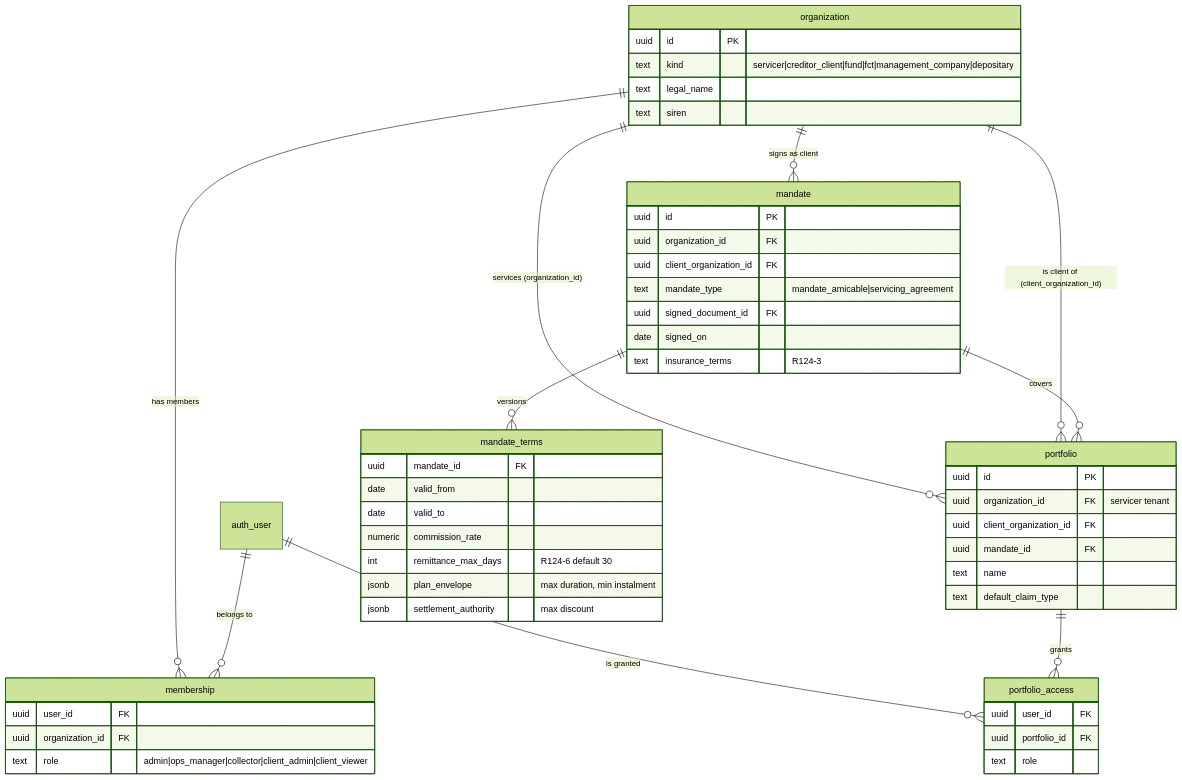
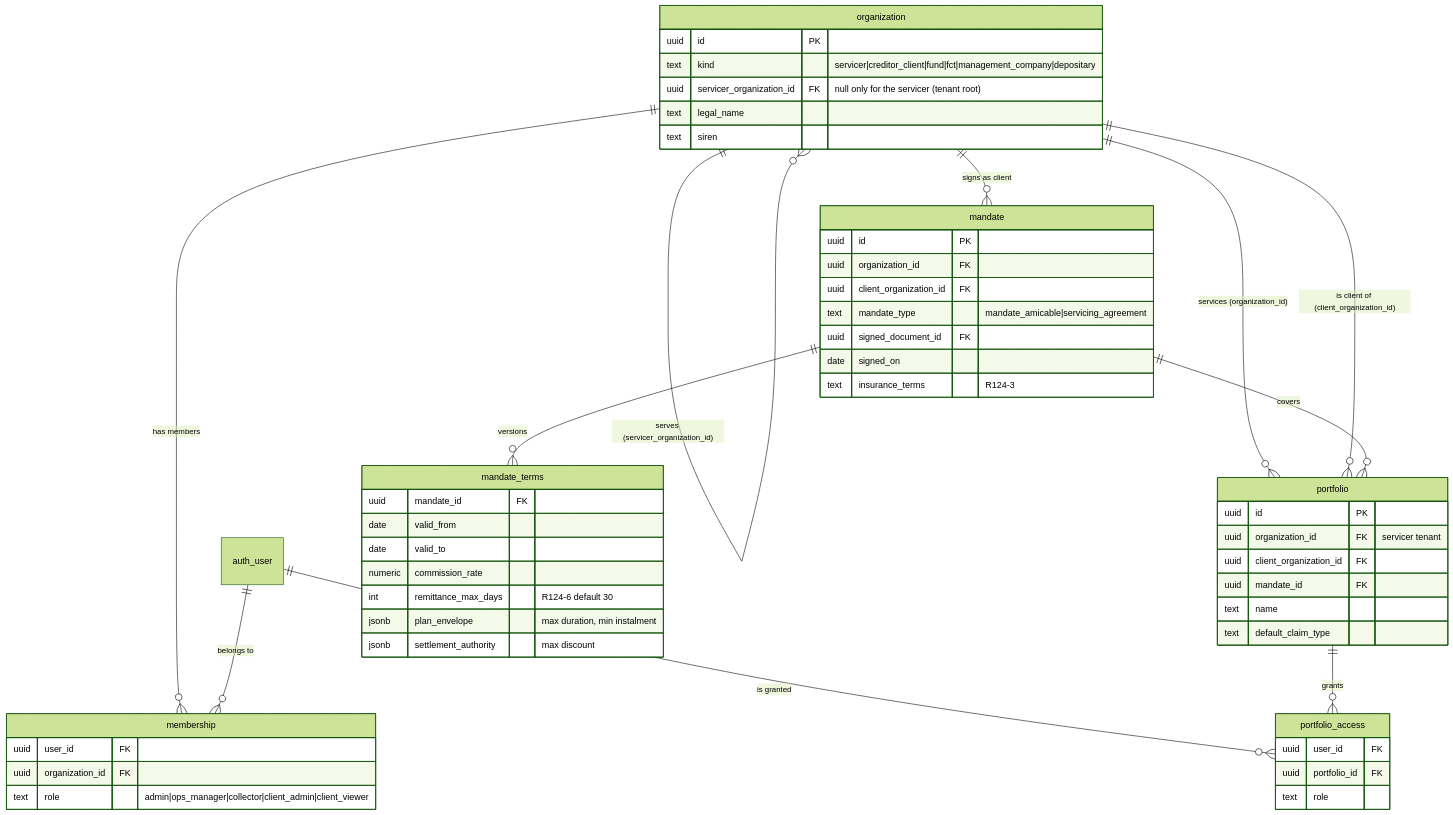
Before and after one commit to TheliosGroupe/collectoo: the first of 13 diagrams in docs/DOMAIN.md, drawn with Mermaid (forest theme). The commit also changed 10 other files, not shown here.

First line of the commit message:
M0b-db: tenancy schema, RLS helpers and policies, token hook, command pattern

````diff
--- a/docs/DOMAIN.md
+++ b/docs/DOMAIN.md
@@ -173,54 +173,56 @@
 ```mermaid
 erDiagram
+    organization ||--o{ organization : "serves (servicer_organization_id)"
     organization ||--o{ membership : "has members"
     auth_user ||--o{ membership : "belongs to"
     auth_user ||--o{ portfolio_access : "is granted"
     organization ||--o{ portfolio : "services (organization_id)"
     organization ||--o{ portfolio : "is client of (client_organization_id)"
     portfolio ||--o{ portfolio_access : "grants"
     organization ||--o{ mandate : "signs as client"
     mandate ||--o{ mandate_terms : "versions"
     mandate ||--o{ portfolio : "covers"
     organization {
         uuid id PK
         text kind "servicer|creditor_client|fund|fct|management_company|depositary"
+        uuid servicer_organization_id FK "null only for the servicer (tenant root)"
         text legal_name
         text siren
     }
     membership {
         uuid user_id FK
         uuid organization_id FK
         text role "admin|ops_manager|collector|client_admin|client_viewer"
     }
     portfolio_access {
         uuid user_id FK
         uuid portfolio_id FK
         text role
     }
     portfolio {
         uuid id PK
         uuid organization_id FK "servicer tenant"
         uuid client_organization_id FK
         uuid mandate_id FK
         text name
         text default_claim_type
     }
     mandate {
         uuid id PK
         uuid organization_id FK
         uuid client_organization_id FK
         text mandate_type "mandate_amicable|servicing_agreement"
         uuid signed_document_id FK
         date signed_on
         text insurance_terms "R124-3"
     }
     mandate_terms {
         uuid mandate_id FK
         date valid_from
         date valid_to
         numeric commission_rate
         int remittance_max_days "R124-6 default 30"
         jsonb plan_envelope "max duration, min instalment"
         jsonb settlement_authority "max discount"
     }
 ```
````
